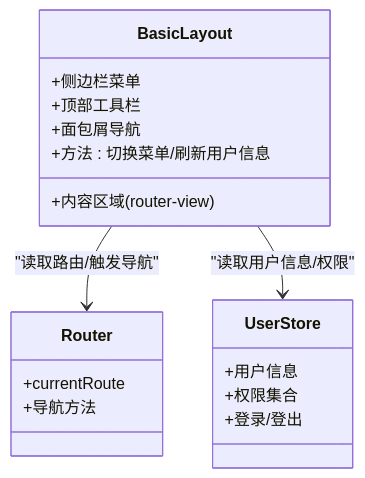
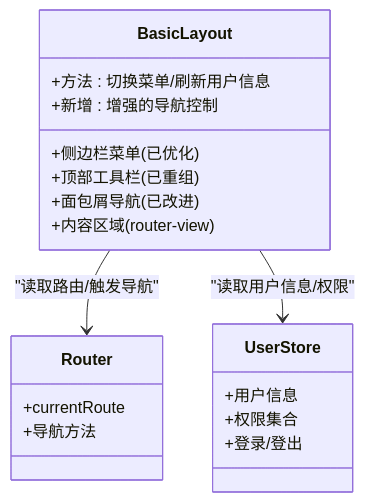
One commit to liming-lihaini/workflow changed the fourth of 7 diagrams in .qoder/repowiki/zh/content/用户界面设计/管理后台架构.md. Above: the diagram before and after it, drawn with Mermaid. The commit also changed other lines of this file and 49 other files, not shown here.

````diff
--- a/.qoder/repowiki/zh/content/用户界面设计/管理后台架构.md
+++ b/.qoder/repowiki/zh/content/用户界面设计/管理后台架构.md
@@ -196,21 +198,22 @@
 ```mermaid
 classDiagram
 class BasicLayout {
-+侧边栏菜单
-+顶部工具栏
-+面包屑导航
++侧边栏菜单(已优化)
++顶部工具栏(已重组)
++面包屑导航(已改进)
 +内容区域(router-view)
 +方法 : 切换菜单/刷新用户信息
++新增 : 增强的导航控制
 }
 class Router {
 +currentRoute
 +导航方法
 }
 class UserStore {
 +用户信息
 +权限集合
 +登录/登出
 }
 BasicLayout --> Router : "读取路由/触发导航"
 BasicLayout --> UserStore : "读取用户信息/权限"
 ```
````
